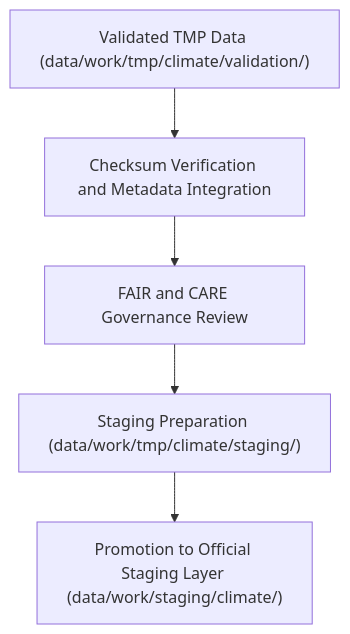
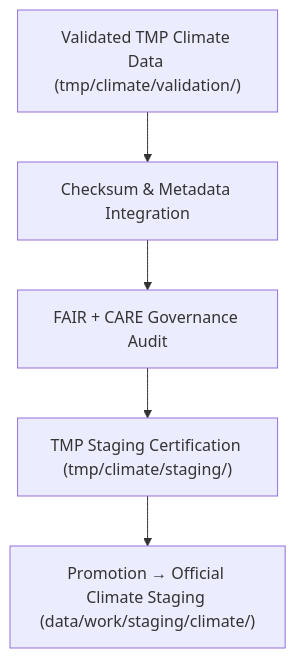
The diagram in data/work/tmp/climate/staging/README.md (bartytime4life/Kansas-Frontier-Matrix), drawn with Mermaid before and after one commit. The commit also changed other lines of this file, not shown here.

````diff
--- a/data/work/tmp/climate/staging/README.md
+++ b/data/work/tmp/climate/staging/README.md
@@ -62,7 +64,7 @@
 ```mermaid
 flowchart TD
-    A["Validated TMP Data (data/work/tmp/climate/validation/)"] --> B["Checksum Verification and Metadata Integration"]
-    B --> C["FAIR and CARE Governance Review"]
-    C --> D["Staging Preparation (data/work/tmp/climate/staging/)"]
-    D --> E["Promotion to Official Staging Layer (data/work/staging/climate/)"]
+    A["Validated TMP Climate Data (tmp/climate/validation/)"] --> B["Checksum & Metadata Integration"]
+    B --> C["FAIR + CARE Governance Audit"]
+    C --> D["TMP Staging Certification (tmp/climate/staging/)"]
+    D --> E["Promotion → Official Climate Staging (data/work/staging/climate/)"]
 ```
````
